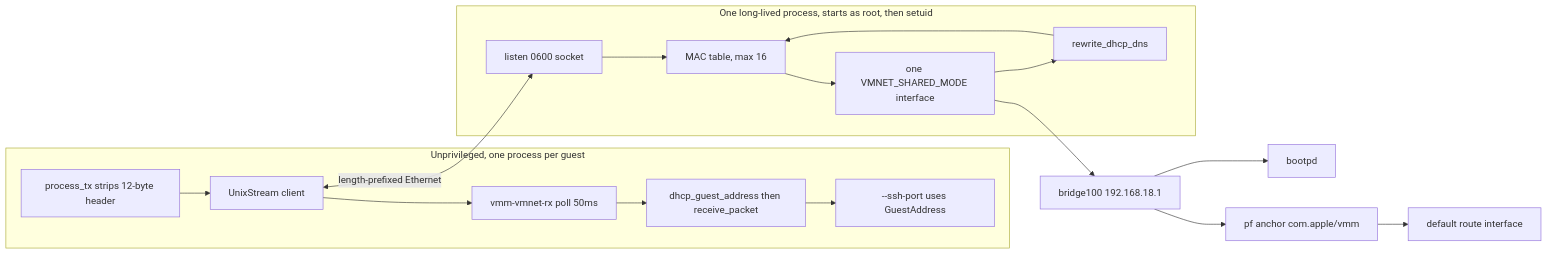
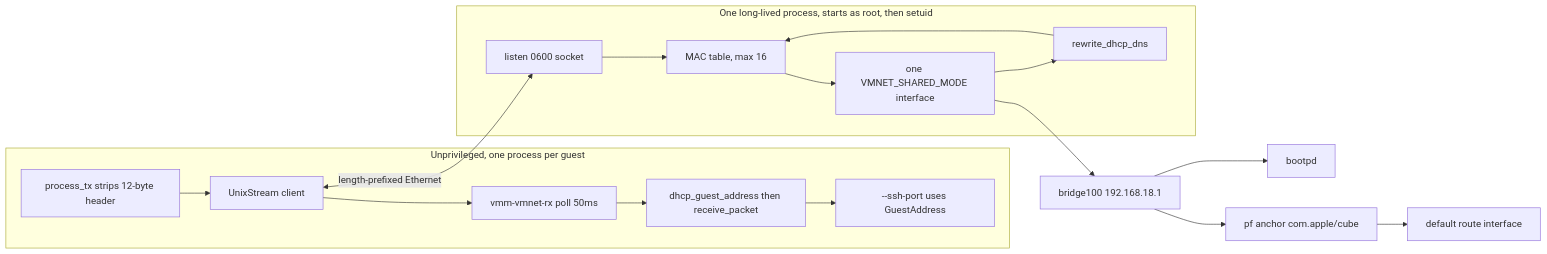
The first of 2 diagrams in docs/vmnet-service-design.md (darcyliu/cube), drawn with Mermaid before and after one commit. The commit also changed other lines of this file and 63 other files, not shown here.

````diff
--- a/docs/vmnet-service-design.md
+++ b/docs/vmnet-service-design.md
@@ -96,27 +96,27 @@
 ```mermaid
 flowchart LR
     subgraph userSpace [Unprivileged, one process per guest]
         TX["process_tx strips 12-byte header"]
         RX["vmm-vmnet-rx poll 50ms"]
         LEARN["dhcp_guest_address then receive_packet"]
         SSH["--ssh-port uses GuestAddress"]
         TX --> SOCKC["UnixStream client"]
         SOCKC --> RX --> LEARN --> SSH
     end
 
     subgraph service [One long-lived process, starts as root, then setuid]
         LIS["listen 0600 socket"]
         TAB["MAC table, max 16"]
         REW["rewrite_dhcp_dns"]
         VMN["one VMNET_SHARED_MODE interface"]
         LIS --> TAB
         VMN --> REW --> TAB
         TAB --> VMN
     end
 
     SOCKC <-->|"length-prefixed Ethernet"| LIS
     VMN --> BR["bridge100 192.168.18.1"]
     BR --> BOOT["bootpd"]
-    BR --> PF["pf anchor com.apple/vmm"]
+    BR --> PF["pf anchor com.apple/cube"]
     PF --> PHY["default route interface"]
 ```
````
